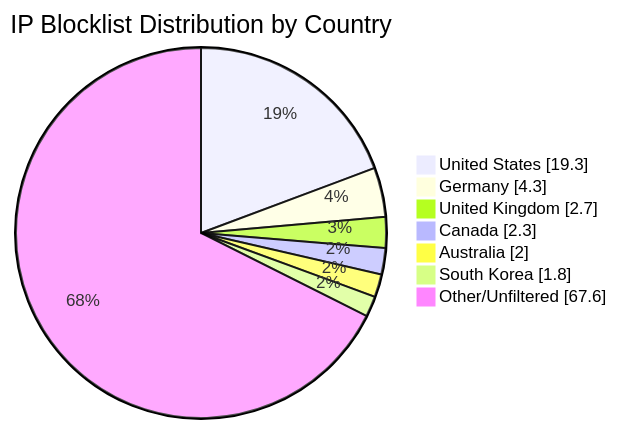
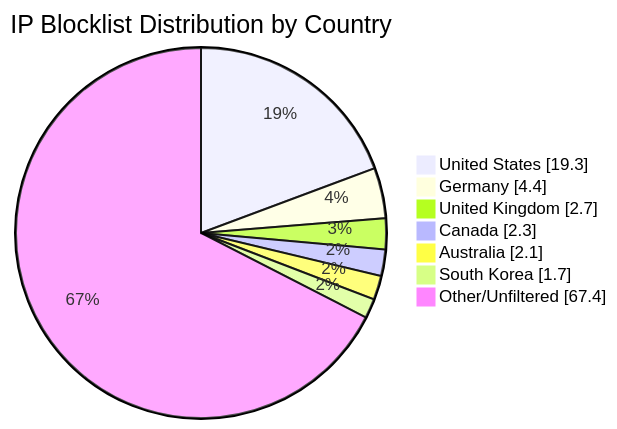
One commit to MarcusHoltz/ipblocklist-geofiltered-aggregator changed the diagram in README.md. Above: the diagram before and after it, drawn with Mermaid. The commit also changed other lines of this file and 9 other files, not shown here.

````diff
--- a/README.md
+++ b/README.md
@@ -34,10 +34,10 @@
 ```mermaid
 pie showData title IP Blocklist Distribution by Country
 "United States" : 19.3
-"Germany" : 4.3
+"Germany" : 4.4
 "United Kingdom" : 2.7
 "Canada" : 2.3
-"Australia" : 2.0
-"South Korea" : 1.8
-"Other/Unfiltered" : 67.6
+"Australia" : 2.1
+"South Korea" : 1.7
+"Other/Unfiltered" : 67.4
 ```
````
